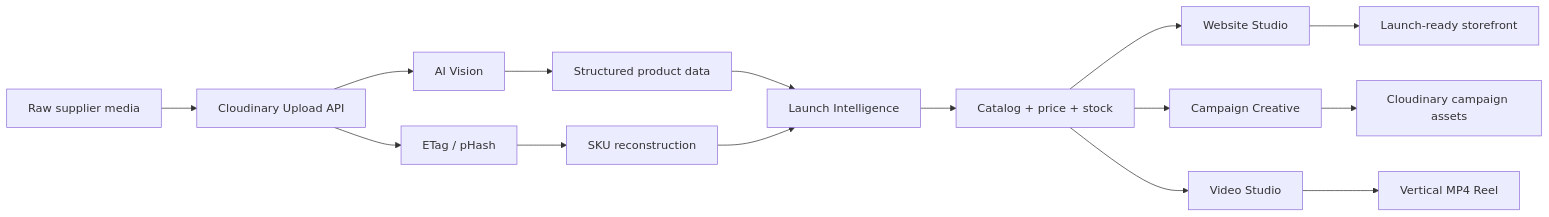
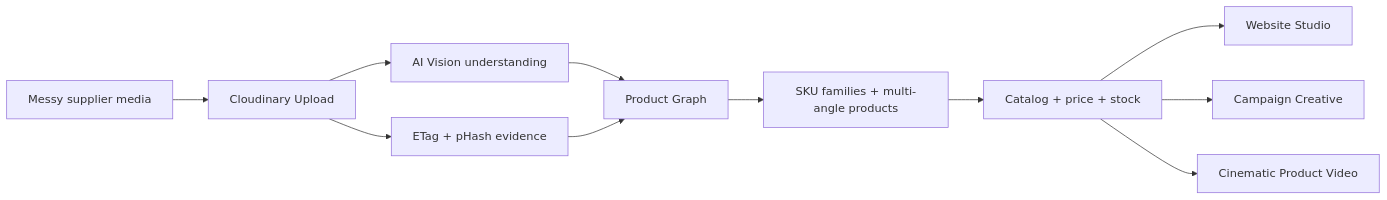
One commit to cherukuriharshadatta-cpu/launchforge-ai changed the diagram in README.md. Above: the diagram before and after it, drawn with Mermaid. The commit also changed other lines of this file and 6 other files, not shown here.

````diff
--- a/README.md
+++ b/README.md
@@ -122,17 +113,13 @@
 ```mermaid
 flowchart LR
-    A[Raw supplier media] --> B[Cloudinary Upload API]
-    B --> C[AI Vision]
-    B --> D[ETag / pHash]
-    C --> E[Structured product data]
-    D --> F[SKU reconstruction]
-    E --> G[Launch Intelligence]
-    F --> G
-    G --> H[Catalog + price + stock]
-    H --> I[Website Studio]
-    H --> J[Campaign Creative]
-    H --> K[Video Studio]
-    I --> L[Launch-ready storefront]
-    J --> M[Cloudinary campaign assets]
-    K --> N[Vertical MP4 Reel]
+    A[Messy supplier media] --> B[Cloudinary Upload]
+    B --> C[AI Vision understanding]
+    B --> D[ETag + pHash evidence]
+    C --> E[Product Graph]
+    D --> E
+    E --> F[SKU families + multi-angle products]
+    F --> G[Catalog + price + stock]
+    G --> H[Website Studio]
+    G --> I[Campaign Creative]
+    G --> J[Cinematic Product Video]
 ```
````
